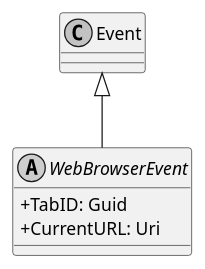
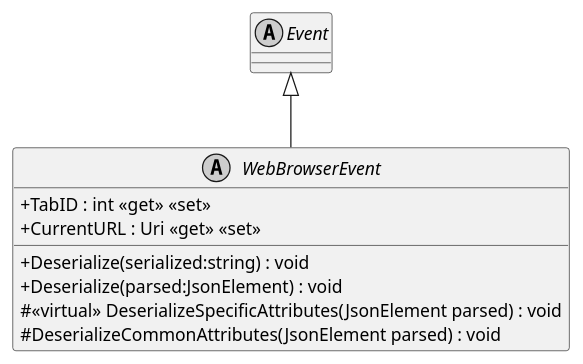
Before and after one commit to insightmind/MORR: the diagram in documents/sd/plantuml/application/Modules/WebBrowser/Events/WebBrowserEvent.puml, drawn with PlantUML. The commit also changed 27 other files, not shown here.

```diff
--- a/documents/sd/plantuml/application/Modules/WebBrowser/Events/WebBrowserEvent.puml
+++ b/documents/sd/plantuml/application/Modules/WebBrowser/Events/WebBrowserEvent.puml
@@ -1,10 +1,14 @@
 @startuml
 skinparam monochrome true
-skinparam classAttributeIconSize 0
-
+skinparam ClassAttributeIconSize 0
 abstract class WebBrowserEvent {
-    + TabID: Guid
-    + CurrentURL: Uri
+    + TabID : int <<get>> <<set>>
+    + Deserialize(serialized:string) : void
+    + Deserialize(parsed:JsonElement) : void
+    # <<virtual>> DeserializeSpecificAttributes(JsonElement parsed) : void
+    # DeserializeCommonAttributes(JsonElement parsed) : void
+    + CurrentURL : Uri <<get>> <<set>>
 }
+abstract class Event
 Event <|-- WebBrowserEvent
 @enduml
```
